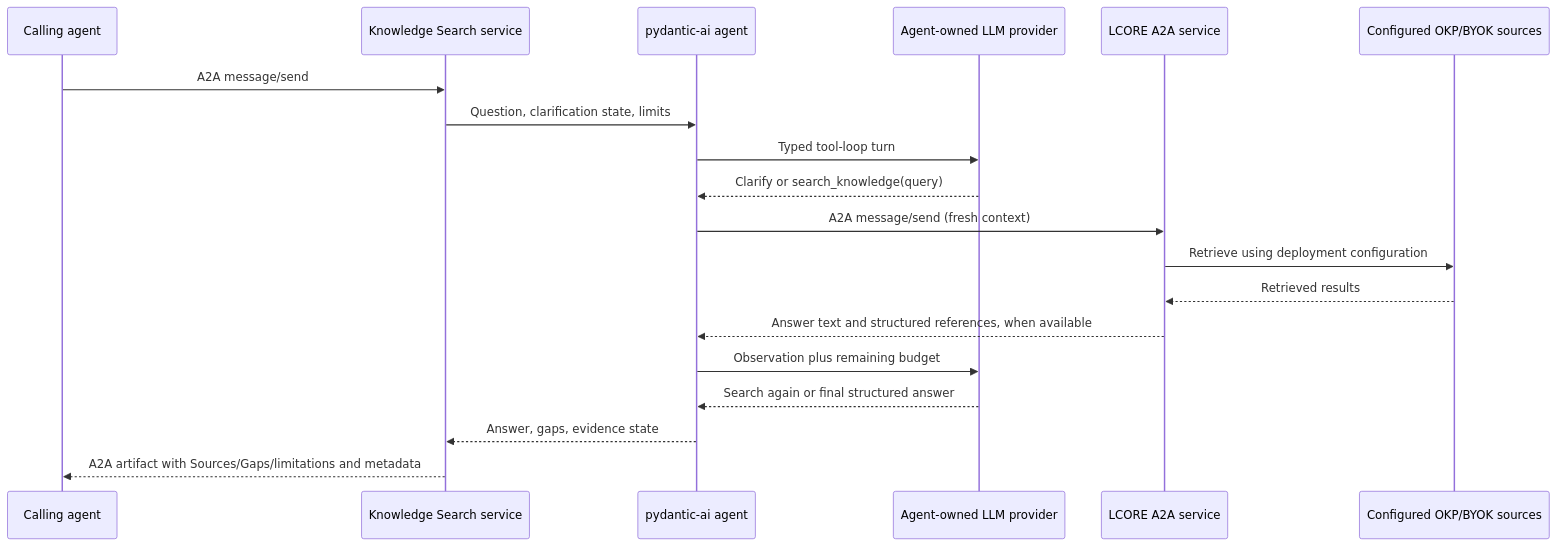
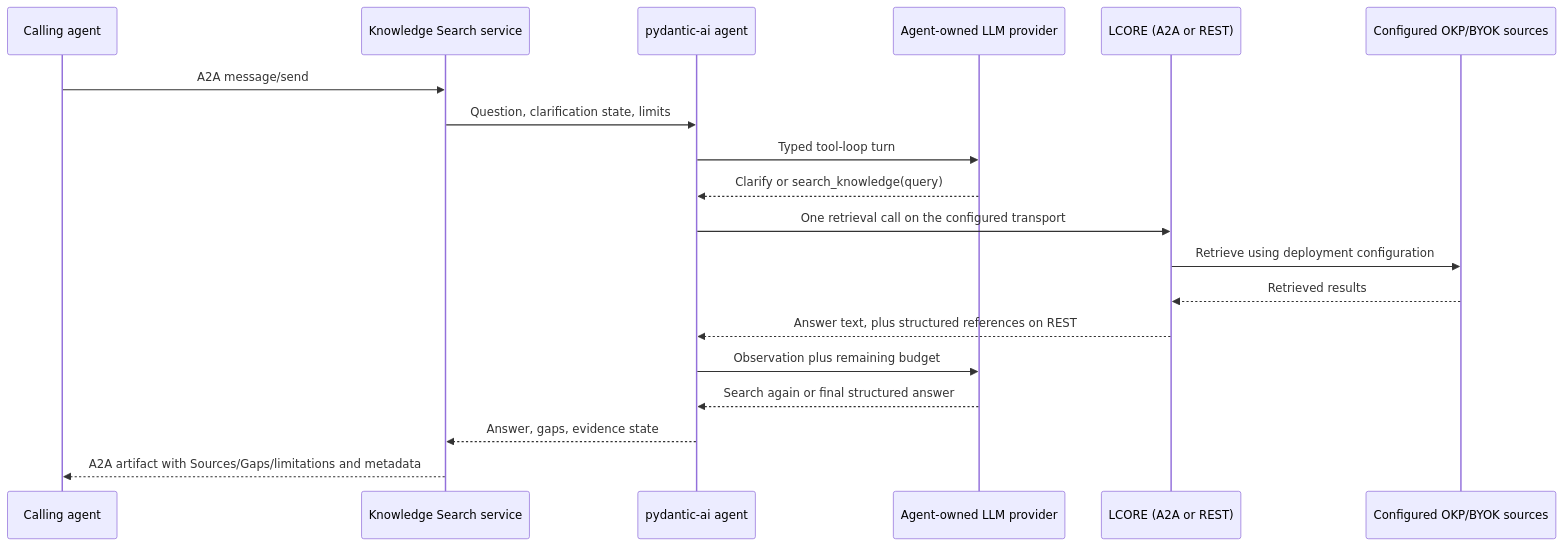
The diagram in docs/architecture.md (dmartinol/knowledge-agent), drawn with Mermaid before and after one commit. The commit also changed other lines of this file and 19 other files, not shown here.

First line of the commit message:
Add a configurable LCORE REST retrieval transport

```diff
--- a/docs/architecture.md
+++ b/docs/architecture.md
@@ -18,22 +19,22 @@
 ~~~mermaid
 sequenceDiagram
     participant Caller as Calling agent
     participant Search as Knowledge Search service
     participant Agent as pydantic-ai agent
     participant LLM as Agent-owned LLM provider
-    participant LCORE as LCORE A2A service
+    participant LCORE as LCORE (A2A or REST)
     participant Sources as Configured OKP/BYOK sources
 
     Caller->>Search: A2A message/send
     Search->>Agent: Question, clarification state, limits
     Agent->>LLM: Typed tool-loop turn
     LLM-->>Agent: Clarify or search_knowledge(query)
-    Agent->>LCORE: A2A message/send (fresh context)
+    Agent->>LCORE: One retrieval call on the configured transport
     LCORE->>Sources: Retrieve using deployment configuration
     Sources-->>LCORE: Retrieved results
-    LCORE-->>Agent: Answer text and structured references, when available
+    LCORE-->>Agent: Answer text, plus structured references on REST
     Agent->>LLM: Observation plus remaining budget
     LLM-->>Agent: Search again or final structured answer
     Agent-->>Search: Answer, gaps, evidence state
     Search-->>Caller: A2A artifact with Sources/Gaps/limitations and metadata
 ~~~
```
